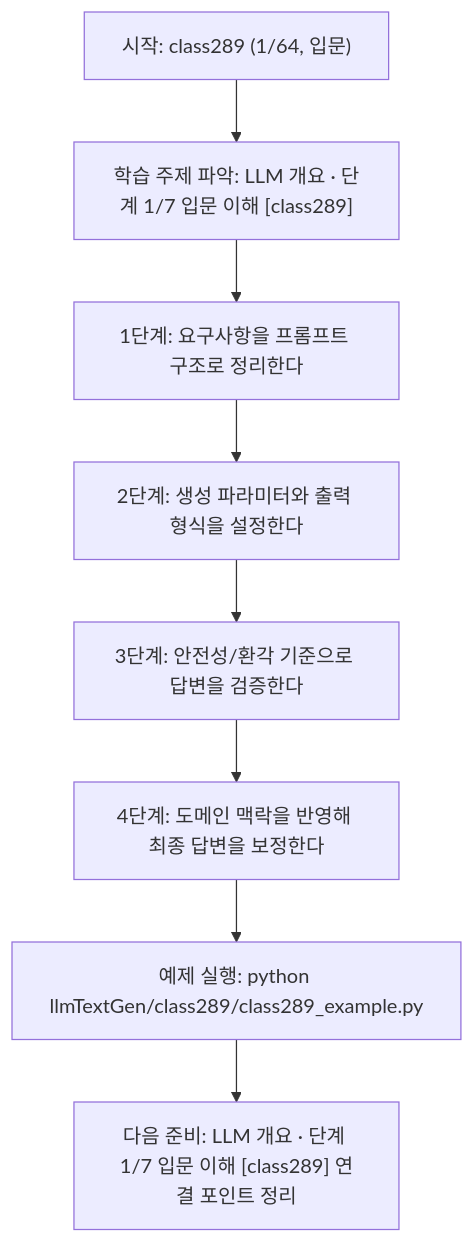
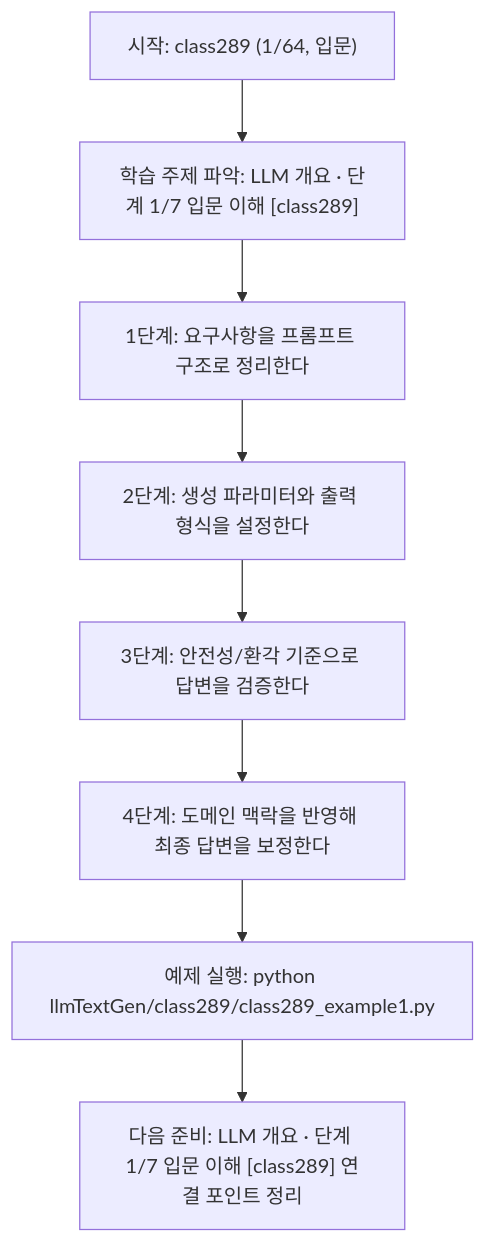
The diagram in llmTextGen/class289/class289.md (edumgt/Python-AI_Agent-Class), drawn with Mermaid before and after one commit. The commit also changed other lines of this file and 2959 other files, not shown here.

````diff
--- a/llmTextGen/class289/class289.md
+++ b/llmTextGen/class289/class289.md
@@ -113,18 +113,18 @@
 ```mermaid
 flowchart TD
 N1["시작: class289 (1/64, 입문)"]
 N2["학습 주제 파악: LLM 개요 · 단계 1/7 입문 이해 [class289]"]
 N3["1단계: 요구사항을 프롬프트 구조로 정리한다"]
 N4["2단계: 생성 파라미터와 출력 형식을 설정한다"]
 N5["3단계: 안전성/환각 기준으로 답변을 검증한다"]
 N6["4단계: 도메인 맥락을 반영해 최종 답변을 보정한다"]
-N7["예제 실행: python llmTextGen/class289/class289_example.py"]
+N7["예제 실행: python llmTextGen/class289/class289_example1.py"]
 N8["다음 준비: LLM 개요 · 단계 1/7 입문 이해 [class289] 연결 포인트 정리"]
 N1 --> N2
 N2 --> N3
 N3 --> N4
 N4 --> N5
 N5 --> N6
 N6 --> N7
 N7 --> N8
 ```
````
